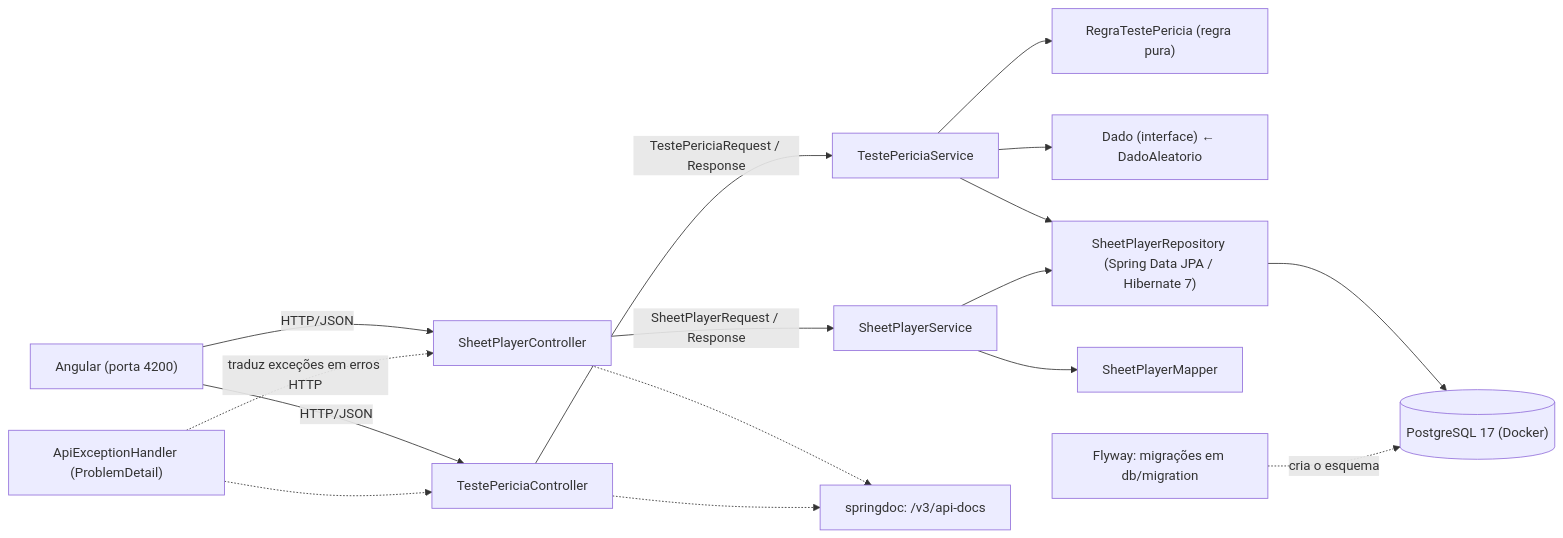
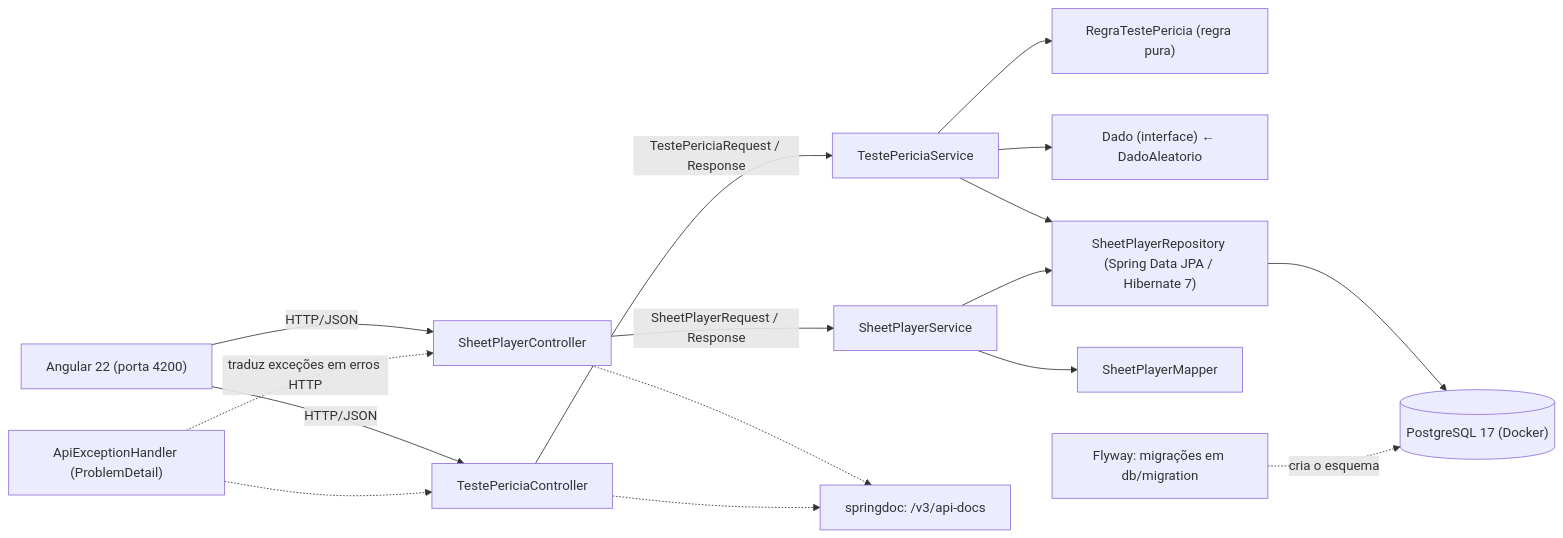
The first of 2 diagrams in README.md (Deive25/Gerenciador-de-Fichas-RPG), drawn with Mermaid before and after one commit. The commit also changed other lines of this file and 2 other files, not shown here.

````diff
--- a/README.md
+++ b/README.md
@@ -140,18 +151,18 @@
 ```mermaid
 flowchart LR
-    A["Angular (porta 4200)"] -->|HTTP/JSON| B[SheetPlayerController]
+    A["Angular 22 (porta 4200)"] -->|HTTP/JSON| B[SheetPlayerController]
     B -->|SheetPlayerRequest / Response| C[SheetPlayerService]
     A -->|HTTP/JSON| T[TestePericiaController]
     T -->|TestePericiaRequest / Response| S[TestePericiaService]
     S --> G["RegraTestePericia (regra pura)"]
     S --> Q["Dado (interface) ← DadoAleatorio"]
     S --> R
     C --> M[SheetPlayerMapper]
     C --> R["SheetPlayerRepository (Spring Data JPA / Hibernate 7)"]
     R --> D[("PostgreSQL 17 (Docker)")]
     F["Flyway: migrações em db/migration"] -.->|cria o esquema| D
     X["ApiExceptionHandler (ProblemDetail)"] -.->|traduz exceções em erros HTTP| B
     B -.-> O["springdoc: /v3/api-docs"]
     T -.-> O
     X -.-> T
 ```
````
